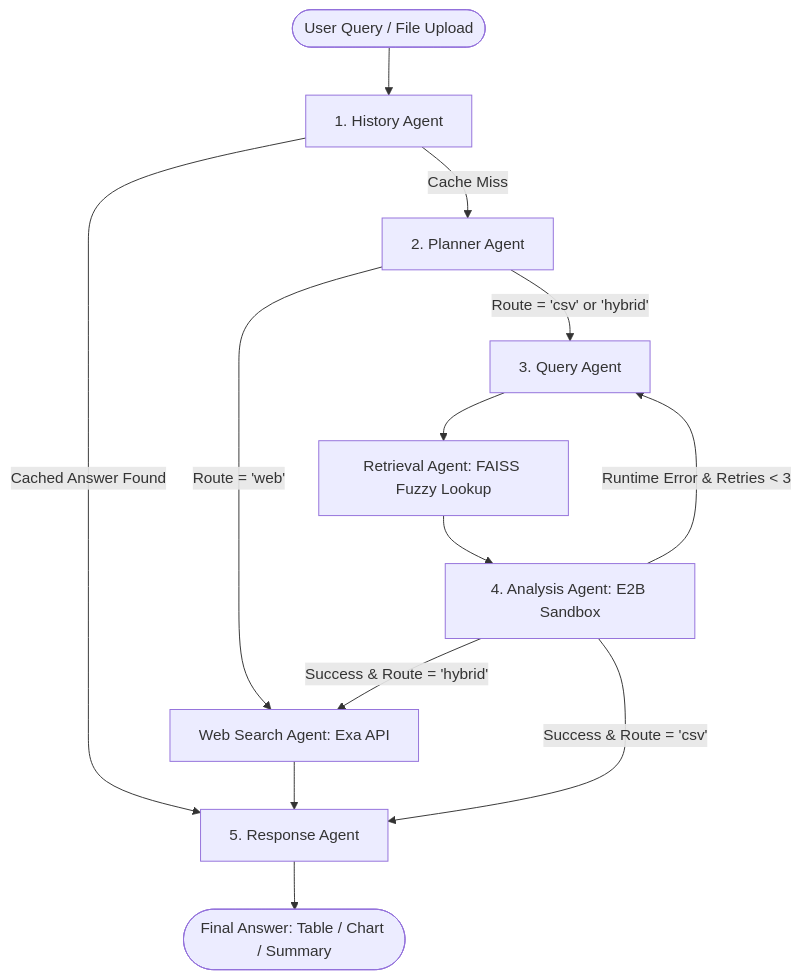
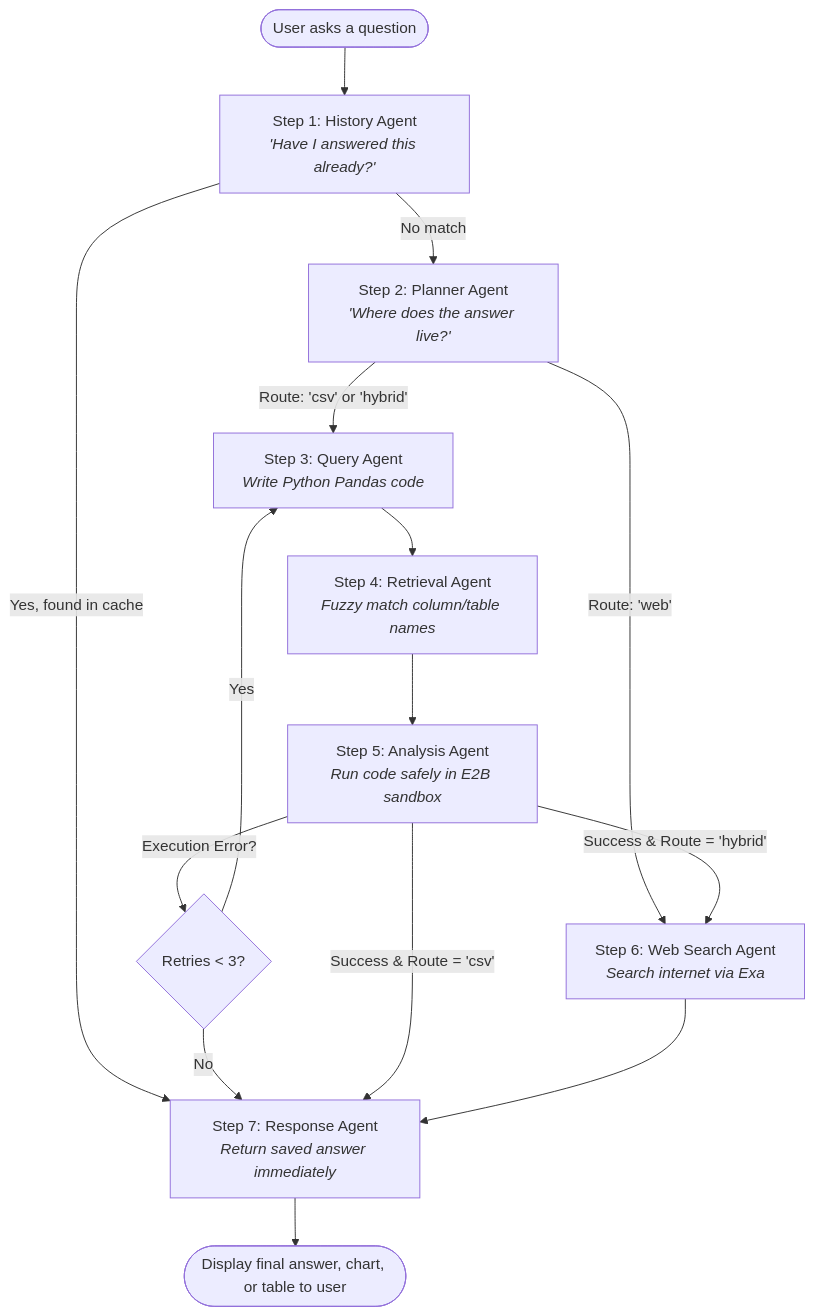
The diagram in WORKFLOW_AND_PYTHON_CONCEPTS.md (HARRYSP-DOTCOM/Multi-Agent-Conversational-CSV-Analytics-System-using-LangGraph), drawn with Mermaid before and after one commit. The commit also changed other lines of this file, not shown here.

````diff
--- a/WORKFLOW_AND_PYTHON_CONCEPTS.md
+++ b/WORKFLOW_AND_PYTHON_CONCEPTS.md
@@ -80,20 +119,23 @@
 ```mermaid
 flowchart TD
-    Start([User Query / File Upload]) --> HistoryNode[1. History Agent]
+    UserQuery([User asks a question]) --> Step1[Step 1: History Agent<br><i>'Have I answered this already?'</i>]
     
-    HistoryNode -->|Cached Answer Found| ResponseNode[5. Response Agent]
-    HistoryNode -->|Cache Miss| PlannerNode[2. Planner Agent]
+    Step1 -->|Yes, found in cache| Step7[Step 7: Response Agent<br><i>Return saved answer immediately</i>]
+    Step1 -->|No match| Step2[Step 2: Planner Agent<br><i>'Where does the answer live?'</i>]
     
-    PlannerNode -->|Route = 'web'| WebSearchNode[Web Search Agent: Exa API]
-    PlannerNode -->|Route = 'csv' or 'hybrid'| QueryNode[3. Query Agent]
+    Step2 -->|Route: 'web'| Step6[Step 6: Web Search Agent<br><i>Search internet via Exa</i>]
+    Step2 -->|Route: 'csv' or 'hybrid'| Step3[Step 3: Query Agent<br><i>Write Python Pandas code</i>]
     
-    QueryNode --> RetrievalNode[Retrieval Agent: FAISS Fuzzy Lookup]
-    RetrievalNode --> AnalysisNode[4. Analysis Agent: E2B Sandbox]
+    Step3 --> Step4[Step 4: Retrieval Agent<br><i>Fuzzy match column/table names</i>]
+    Step4 --> Step5[Step 5: Analysis Agent<br><i>Run code safely in E2B sandbox</i>]
     
-    AnalysisNode -->|Runtime Error & Retries < 3| QueryNode
-    AnalysisNode -->|Success & Route = 'hybrid'| WebSearchNode
-    AnalysisNode -->|Success & Route = 'csv'| ResponseNode
+    Step5 -->|Execution Error?| RetryCheck{Retries < 3?}
+    RetryCheck -->|Yes| Step3
+    RetryCheck -->|No| Step7
     
-    WebSearchNode --> ResponseNode
-    ResponseNode --> EndNode([Final Answer: Table / Chart / Summary])
+    Step5 -->|Success & Route = 'hybrid'| Step6
+    Step5 -->|Success & Route = 'csv'| Step7
+    Step6 --> Step7
+    
+    Step7 --> FinalOutput([Display final answer, chart, or table to user])
 ```
````
